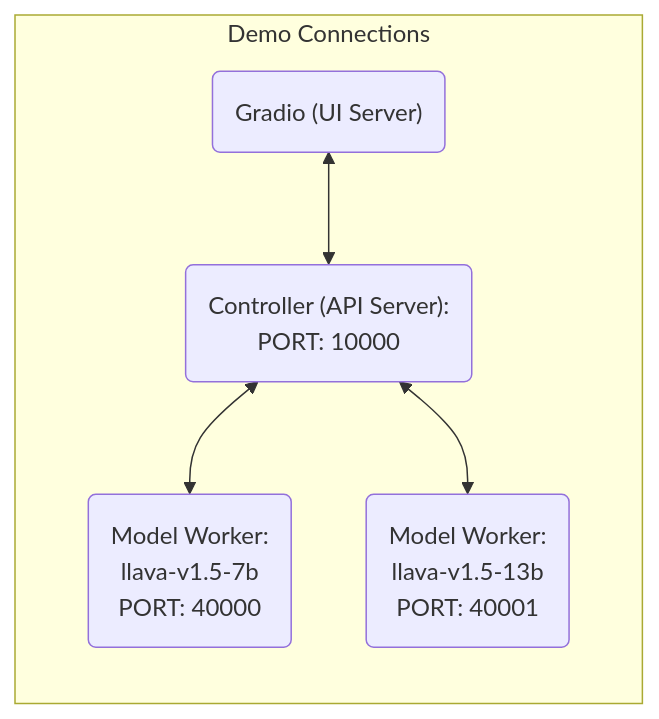
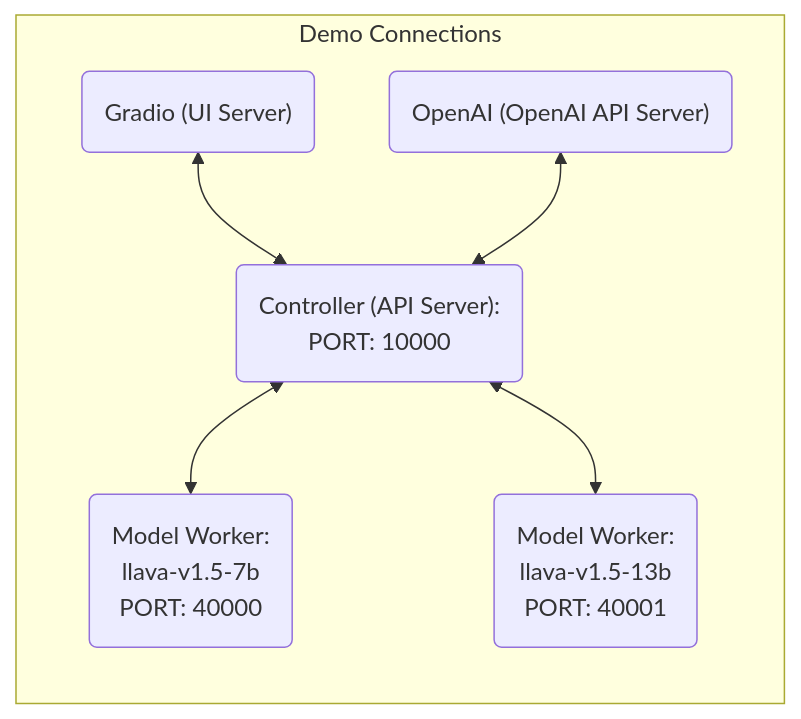
The diagram in README.md (haotian-liu/LLaVA), drawn with Mermaid before and after one commit. The commit also changed other lines of this file, not shown here.

Commit message:
docs: update openai_api_server ducoment inside README.md

````diff
--- a/README.md
+++ b/README.md
@@ -147,26 +147,30 @@
 ```mermaid
 flowchart BT
     %% Declare Nodes
     gws("Gradio (UI Server)")
+    openai("OpenAI (OpenAI API Server)")
+
     c("Controller (API Server):<br/>PORT: 10000")
     mw7b("Model Worker:<br/>llava-v1.5-7b<br/>PORT: 40000")
     mw13b("Model Worker:<br/>llava-v1.5-13b<br/>PORT: 40001")
 
     %% Declare Styles
     classDef data fill:#3af,stroke:#48a,stroke-width:2px,color:#444
     classDef success fill:#8f8,stroke:#0a0,stroke-width:2px,color:#444
     classDef failure fill:#f88,stroke:#f00,stroke-width:2px,color:#444
 
     %% Assign Styles
     class id,od data;
     class cimg,cs_s,scsim_s success;
     class ncimg,cs_f,scsim_f failure;
 
     subgraph Demo Connections
         direction BT
         c<-->gws
+        c<-->openai
+
         
         mw7b<-->c
         mw13b<-->c
     end
 ```
````
